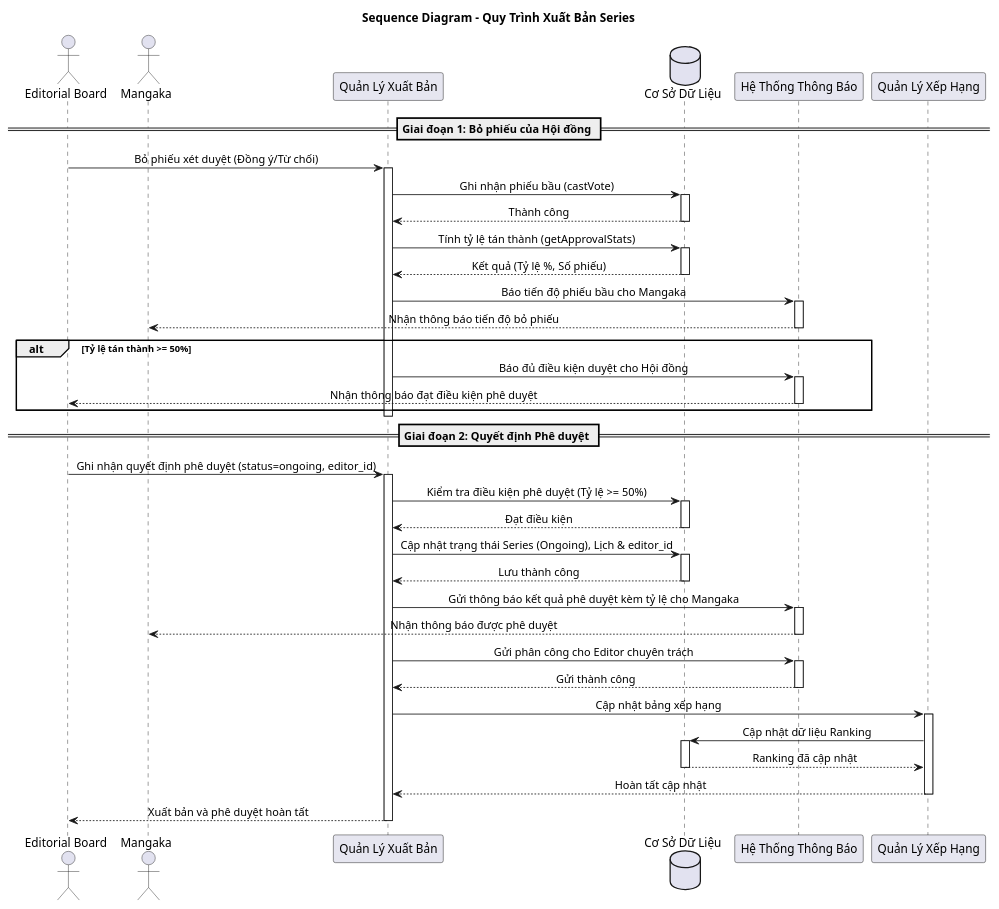
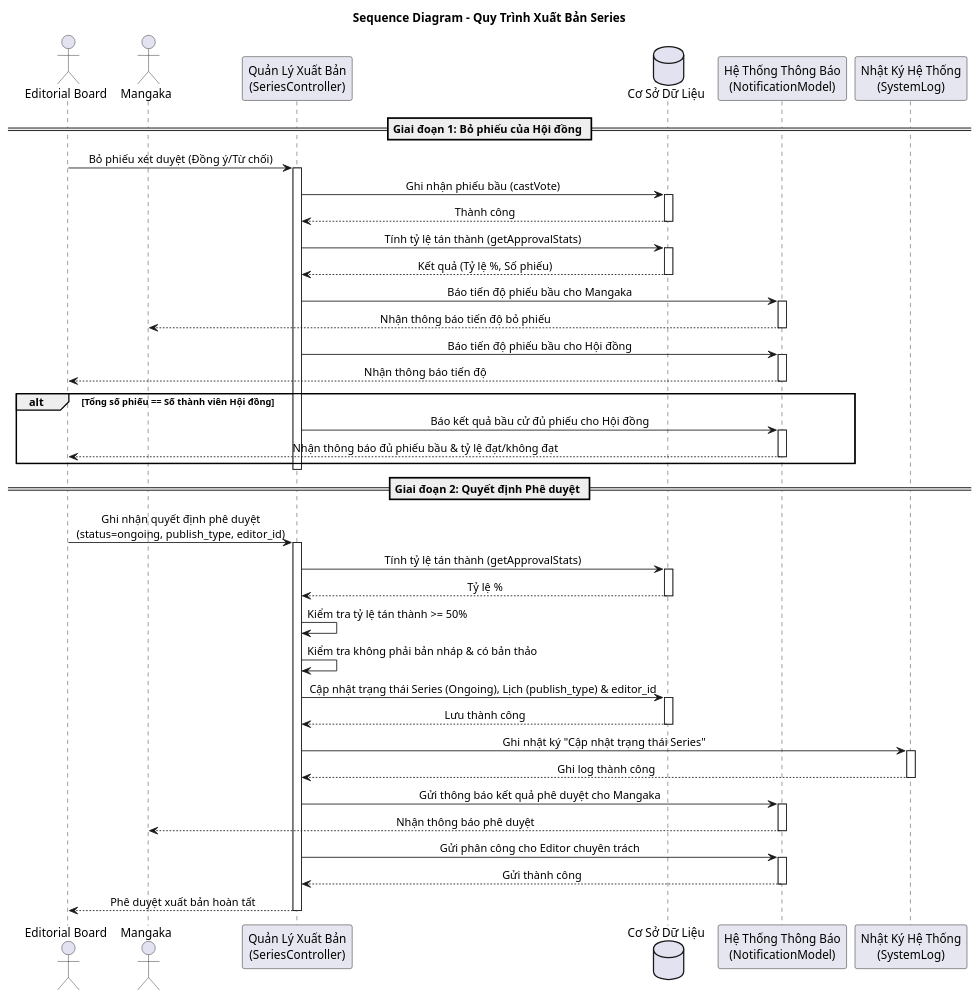
Before and after one commit to trongtan0079/Manga-publishing-management-system: the diagram in UML/sequence_diagram_manga_series_publishing.puml, drawn with PlantUML. The commit also changed 14 other files, not shown here.

First line of the commit message:
docs(uml): Cap nhat chi tiet so do UML va tai lieu dac ta he thong trang thai

```diff
--- a/UML/sequence_diagram_manga_series_publishing.puml
+++ b/UML/sequence_diagram_manga_series_publishing.puml
@@ -1,82 +1,84 @@
 @startuml
 
 skinparam Shadowing false
 skinparam ParticipantBackgroundColor #E6E6F0
 skinparam ParticipantBorderColor Black
 skinparam SequenceMessageAlign center
 
 title Sequence Diagram - Quy Trình Xuất Bản Series
 
 actor "Editorial Board" as Board
 actor "Mangaka" as Mangaka
-participant "Quản Lý Xuất Bản" as PublishManager
+participant "Quản Lý Xuất Bản\n(SeriesController)" as PublishManager
 database "Cơ Sở Dữ Liệu" as DB
-participant "Hệ Thống Thông Báo" as Notification
-participant "Quản Lý Xếp Hạng" as RankingManager
+participant "Hệ Thống Thông Báo\n(NotificationModel)" as Notification
+participant "Nhật Ký Hệ Thống\n(SystemLog)" as SystemLog
 
 == Giai đoạn 1: Bỏ phiếu của Hội đồng ==
 Board -> PublishManager : Bỏ phiếu xét duyệt (Đồng ý/Từ chối)
 activate PublishManager
 
 PublishManager -> DB : Ghi nhận phiếu bầu (castVote)
 activate DB
 DB --> PublishManager : Thành công
 deactivate DB
 
 PublishManager -> DB : Tính tỷ lệ tán thành (getApprovalStats)
 activate DB
 DB --> PublishManager : Kết quả (Tỷ lệ %, Số phiếu)
 deactivate DB
 
 PublishManager -> Notification : Báo tiến độ phiếu bầu cho Mangaka
 activate Notification
 Notification --> Mangaka : Nhận thông báo tiến độ bỏ phiếu
 deactivate Notification
 
-alt Tỷ lệ tán thành >= 50%
-    PublishManager -> Notification : Báo đủ điều kiện duyệt cho Hội đồng
+PublishManager -> Notification : Báo tiến độ phiếu bầu cho Hội đồng
+activate Notification
+Notification --> Board : Nhận thông báo tiến độ
+deactivate Notification
+
+alt Tổng số phiếu == Số thành viên Hội đồng
+    PublishManager -> Notification : Báo kết quả bầu cử đủ phiếu cho Hội đồng
     activate Notification
-    Notification --> Board : Nhận thông báo đạt điều kiện phê duyệt
+    Notification --> Board : Nhận thông báo đủ phiếu bầu & tỷ lệ đạt/không đạt
     deactivate Notification
 end
 deactivate PublishManager
 
 == Giai đoạn 2: Quyết định Phê duyệt ==
-Board -> PublishManager : Ghi nhận quyết định phê duyệt (status=ongoing, editor_id)
+Board -> PublishManager : Ghi nhận quyết định phê duyệt\n(status=ongoing, publish_type, editor_id)
 activate PublishManager
 
-PublishManager -> DB : Kiểm tra điều kiện phê duyệt (Tỷ lệ >= 50%)
+PublishManager -> DB : Tính tỷ lệ tán thành (getApprovalStats)
 activate DB
-DB --> PublishManager : Đạt điều kiện
+DB --> PublishManager : Tỷ lệ %
 deactivate DB
 
-PublishManager -> DB : Cập nhật trạng thái Series (Ongoing), Lịch & editor_id
+PublishManager -> PublishManager : Kiểm tra tỷ lệ tán thành >= 50%
+PublishManager -> PublishManager : Kiểm tra không phải bản nháp & có bản thảo
+
+PublishManager -> DB : Cập nhật trạng thái Series (Ongoing), Lịch (publish_type) & editor_id
 activate DB
 DB --> PublishManager : Lưu thành công
 deactivate DB
 
-PublishManager -> Notification : Gửi thông báo kết quả phê duyệt kèm tỷ lệ cho Mangaka
+PublishManager -> SystemLog : Ghi nhật ký "Cập nhật trạng thái Series"
+activate SystemLog
+SystemLog --> PublishManager : Ghi log thành công
+deactivate SystemLog
+
+PublishManager -> Notification : Gửi thông báo kết quả phê duyệt cho Mangaka
 activate Notification
-Notification --> Mangaka : Nhận thông báo được phê duyệt
+Notification --> Mangaka : Nhận thông báo phê duyệt
 deactivate Notification
 
 PublishManager -> Notification : Gửi phân công cho Editor chuyên trách
 activate Notification
 Notification --> PublishManager : Gửi thành công
 deactivate Notification
 
-PublishManager -> RankingManager : Cập nhật bảng xếp hạng
-activate RankingManager
-
-RankingManager -> DB : Cập nhật dữ liệu Ranking
-activate DB
-DB --> RankingManager : Ranking đã cập nhật
-deactivate DB
-
-RankingManager --> PublishManager : Hoàn tất cập nhật
-deactivate RankingManager
-
-PublishManager --> Board : Xuất bản và phê duyệt hoàn tất
+PublishManager --> Board : Phê duyệt xuất bản hoàn tất
 deactivate PublishManager
 
 @enduml
```
